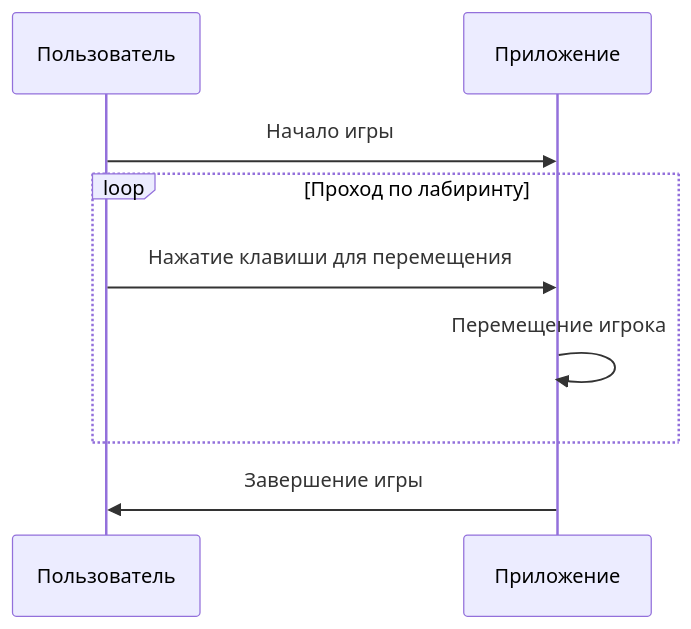
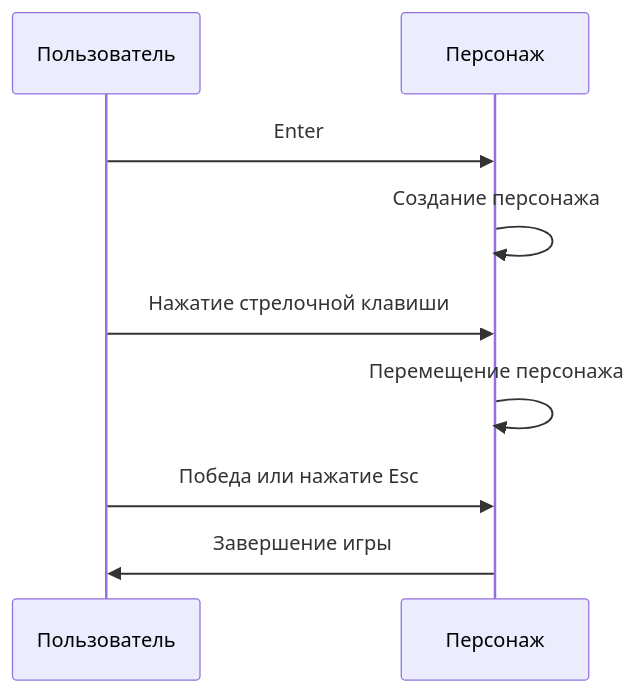
Before and after one commit to ArinaTolpa/Lab1.2: the seventh of 7 diagrams in docs/functions.md, drawn with Mermaid. The commit also changed other lines of this file, not shown here.

````diff
--- a/docs/functions.md
+++ b/docs/functions.md
@@ -83,12 +105,12 @@
 ```mermaid
 sequenceDiagram
     participant Пользователь
-    participant Приложение
+    participant Персонаж
 
-    Пользователь ->> Приложение: Начало игры
-    loop Проход по лабиринту
-    Пользователь ->> Приложение: Нажатие клавиши для перемещения
-    Приложение ->> Приложение: Перемещение игрока
-    end
-    Приложение ->> Пользователь: Завершение игры
+    Пользователь ->> Персонаж: Enter
+    Персонаж ->> Персонаж: Создание персонажа
+    Пользователь ->> Персонаж: Нажатие стрелочной клавиши
+    Персонаж ->> Персонаж: Перемещение персонажа
+    Пользователь ->> Персонаж: Победа или нажатие Esc
+    Персонаж ->> Пользователь: Завершение игры
 ```
````
